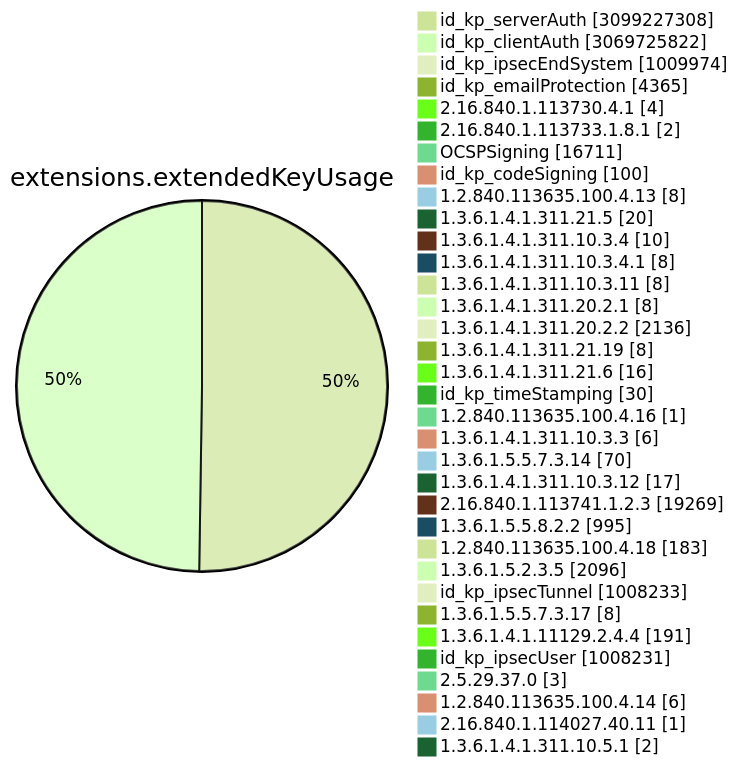
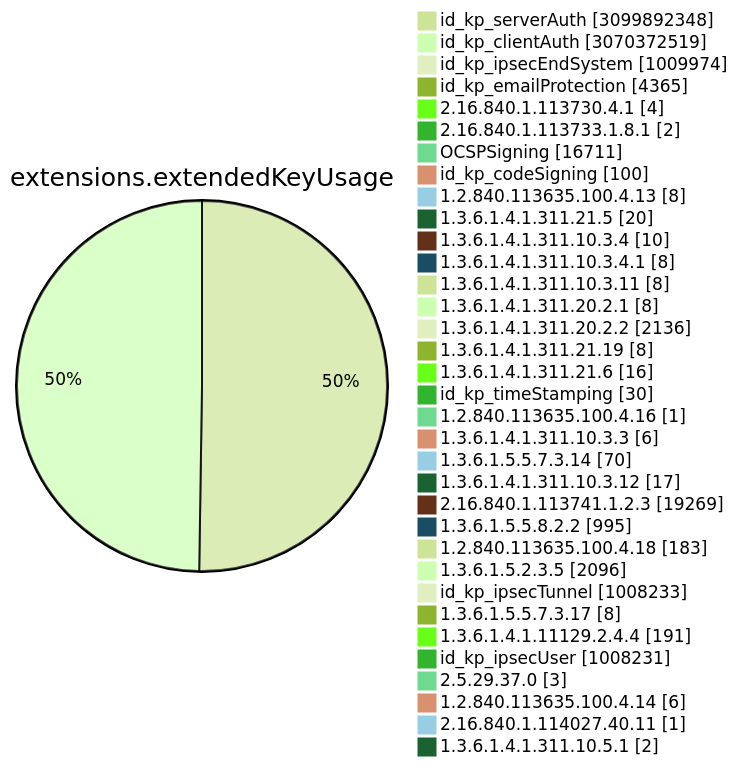
Diagram 11 of 15 in TOTAL/README.md (christiankrug/ctmonitor_visualization), drawn with Mermaid (forest theme) before and after one commit. The commit also changed other lines of this file, not shown here.

````diff
--- a/TOTAL/README.md
+++ b/TOTAL/README.md
@@ -4117,38 +4117,38 @@
 ```mermaid
 pie showData
 title extensions.extendedKeyUsage
-"id_kp_serverAuth" :3099227308
-"id_kp_clientAuth" :3069725822
+"id_kp_serverAuth" :3099892348
+"id_kp_clientAuth" :3070372519
 "id_kp_ipsecEndSystem" :1009974
 "id_kp_emailProtection" :4365
 "2.16.840.1.113730.4.1" :4
 "2.16.840.1.113733.1.8.1" :2
 "OCSPSigning" :16711
 "id_kp_codeSigning" :100
 "1.2.840.113635.100.4.13" :8
 "1.3.6.1.4.1.311.21.5" :20
 "1.3.6.1.4.1.311.10.3.4" :10
 "1.3.6.1.4.1.311.10.3.4.1" :8
 "1.3.6.1.4.1.311.10.3.11" :8
 "1.3.6.1.4.1.311.20.2.1" :8
 "1.3.6.1.4.1.311.20.2.2" :2136
 "1.3.6.1.4.1.311.21.19" :8
 "1.3.6.1.4.1.311.21.6" :16
 "id_kp_timeStamping" :30
 "1.2.840.113635.100.4.16" :1
 "1.3.6.1.4.1.311.10.3.3" :6
 "1.3.6.1.5.5.7.3.14" :70
 "1.3.6.1.4.1.311.10.3.12" :17
 "2.16.840.1.113741.1.2.3" :19269
 "1.3.6.1.5.5.8.2.2" :995
 "1.2.840.113635.100.4.18" :183
 "1.3.6.1.5.2.3.5" :2096
 "id_kp_ipsecTunnel" :1008233
 "1.3.6.1.5.5.7.3.17" :8
 "1.3.6.1.4.1.11129.2.4.4" :191
 "id_kp_ipsecUser" :1008231
 "2.5.29.37.0" :3
 "1.2.840.113635.100.4.14" :6
 "2.16.840.1.114027.40.11" :1
 "1.3.6.1.4.1.311.10.5.1" :2
 ```
````
